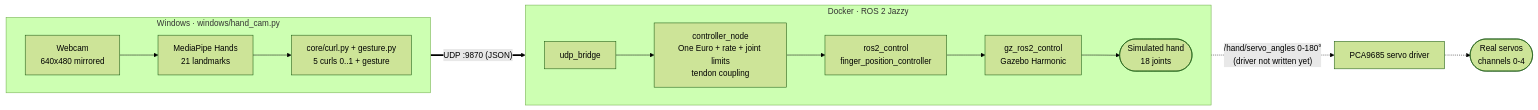
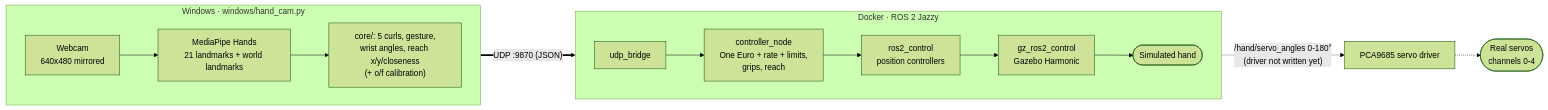
One commit to mrsssok2/robotic_prosthetic_hand changed the first of 3 diagrams in README.md. Above: the diagram before and after it, drawn with Mermaid (forest theme). The commit also changed other lines of this file, not shown here.

Commit message:
Root README: keep the original hardware section, rewrite the ROS 2 + Gazebo section

````diff
--- a/README.md
+++ b/README.md
@@ -63,18 +109,18 @@
 ```mermaid
 flowchart LR
   subgraph WIN["Windows · windows/hand_cam.py"]
     direction LR
-    cam["Webcam<br/>640x480 mirrored"] --> mp["MediaPipe Hands<br/>21 landmarks"]
-    mp --> core["core/curl.py + gesture.py<br/>5 curls 0..1 + gesture"]
+    cam["Webcam<br/>640x480 mirrored"] --> mp["MediaPipe Hands<br/>21 landmarks + world landmarks"]
+    mp --> core["core/: 5 curls, gesture,<br/>wrist angles, reach x/y/closeness<br/>(+ o/f calibration)"]
   end
   subgraph DOCKER["Docker · ROS 2 Jazzy"]
     direction LR
-    udp["udp_bridge"] --> ctrl["controller_node<br/>One Euro + rate + joint limits<br/>tendon coupling"]
-    ctrl --> rc["ros2_control<br/>finger_position_controller"]
+    udp["udp_bridge"] --> ctrl["controller_node<br/>One Euro + rate + limits,<br/>grips, reach"]
+    ctrl --> rc["ros2_control<br/>position controllers"]
     rc --> gz["gz_ros2_control<br/>Gazebo Harmonic"]
-    gz --> hand(["Simulated hand<br/>18 joints"])
+    gz --> hand(["Simulated hand"])
   end
   core == "UDP :9870 (JSON)" ==> udp
   ctrl -. "/hand/servo_angles 0-180°<br/>(driver not written yet)" .-> pca["PCA9685 servo driver"]
   pca -.-> servos(["Real servos<br/>channels 0-4"])
 ```
````
